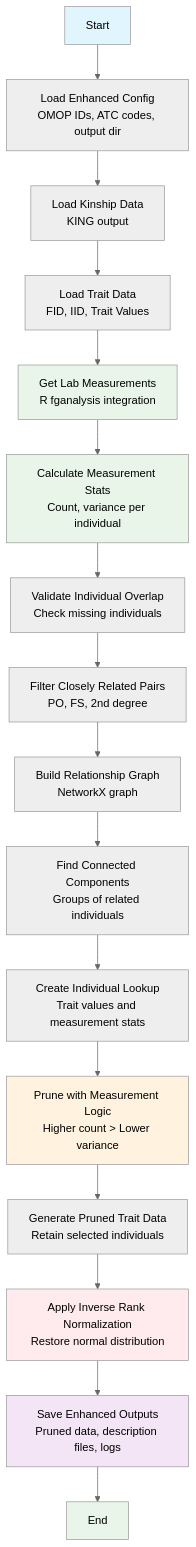
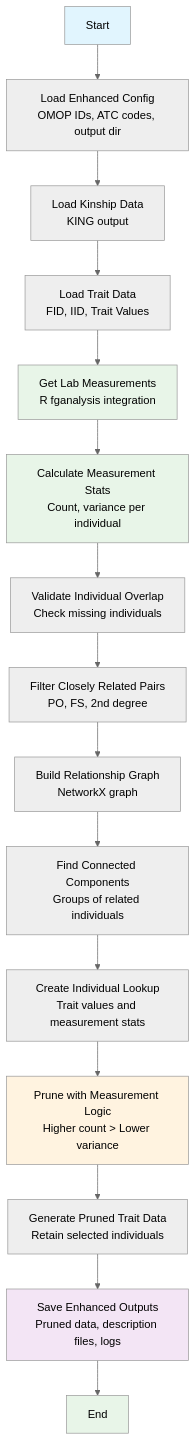
One commit to RezaJF/post_hoc_relatedness_pruning changed the diagram in README.md. Above: the diagram before and after it, drawn with Mermaid (neutral theme). The commit also changed other lines of this file and 11 other files, not shown here.

````diff
--- a/README.md
+++ b/README.md
@@ -17,26 +17,24 @@
 ```mermaid
 graph TD
     A[Start] --> B[Load Enhanced Config<br/>OMOP IDs, ATC codes, output dir]
     B --> C[Load Kinship Data<br/>KING output]
     C --> D[Load Trait Data<br/>FID, IID, Trait Values]
     D --> E[Get Lab Measurements<br/>R fganalysis integration]
     E --> F[Calculate Measurement Stats<br/>Count, variance per individual]
     F --> G[Validate Individual Overlap<br/>Check missing individuals]
     G --> H[Filter Closely Related Pairs<br/>PO, FS, 2nd degree]
     H --> I[Build Relationship Graph<br/>NetworkX graph]
     I --> J[Find Connected Components<br/>Groups of related individuals]
     J --> K[Create Individual Lookup<br/>Trait values and measurement stats]
     K --> L[Prune with Measurement Logic<br/>Higher count > Lower variance]
     L --> M[Generate Pruned Trait Data<br/>Retain selected individuals]
-    M --> N[Apply Inverse Rank Normalization<br/>Restore normal distribution]
-    N --> O[Save Enhanced Outputs<br/>Pruned data, description files, logs]
-    O --> P[End]
+    M --> N[Save Enhanced Outputs<br/>Pruned data, description files, logs]
+    N --> O[End]
 
     style A fill:#e1f5fe
-    style P fill:#e8f5e8
+    style O fill:#e8f5e8
     style L fill:#fff3e0
-    style N fill:#ffebee
-    style O fill:#f3e5f5
+    style N fill:#f3e5f5
     style E fill:#e8f5e8
     style F fill:#e8f5e8
 ```
````
